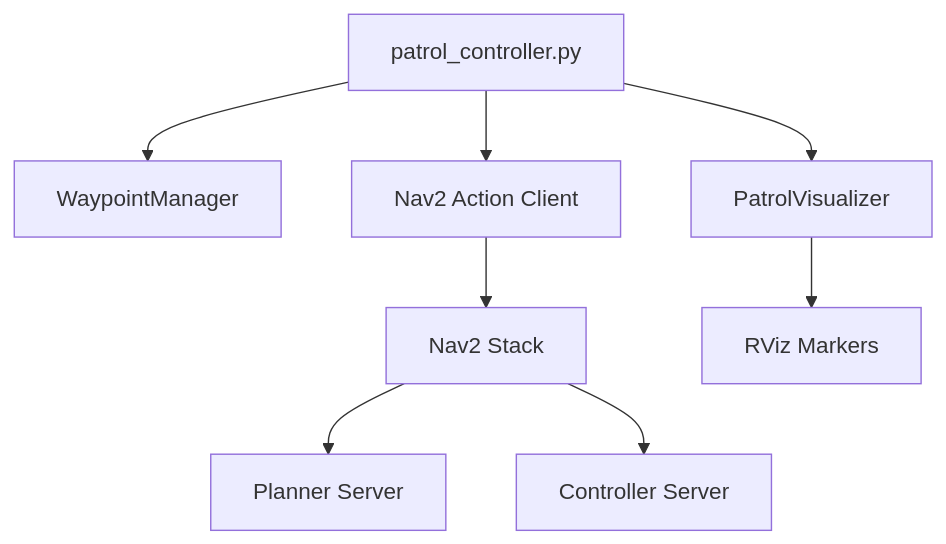
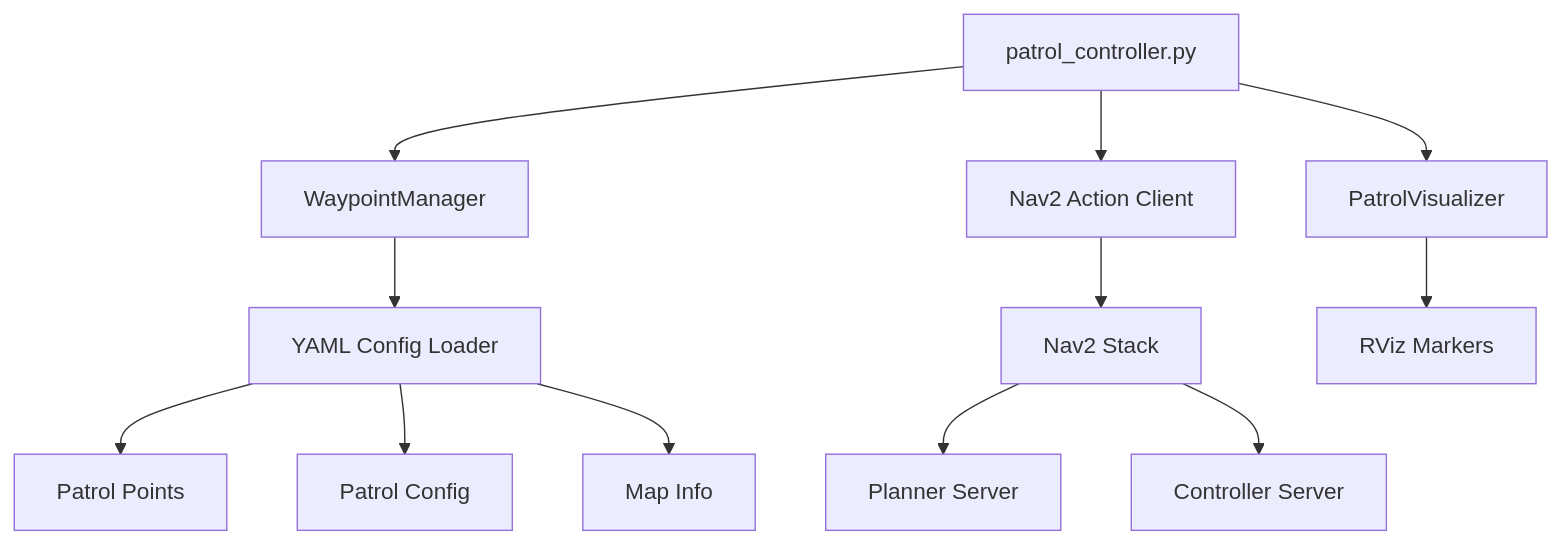
One commit to AungKaung1928/ros2-patrol-project changed the diagram in README.md. Above: the diagram before and after it, drawn with Mermaid. The commit also changed other lines of this file, not shown here.

````diff
--- a/README.md
+++ b/README.md
@@ -23,10 +23,14 @@
 ```mermaid
 graph TD
     A[patrol_controller.py] --> B[WaypointManager]
     A --> C[PatrolVisualizer]
     A --> D[Nav2 Action Client]
-    D --> E[Nav2 Stack]
-    E --> F[Planner Server]
-    E --> G[Controller Server]
-    C --> H[RViz Markers]
+    B --> E[YAML Config Loader]
+    E --> F[Patrol Points]
+    E --> G[Patrol Config]
+    E --> H[Map Info]
+    D --> I[Nav2 Stack]
+    I --> J[Planner Server]
+    I --> K[Controller Server]
+    C --> L[RViz Markers]
 ```
````
